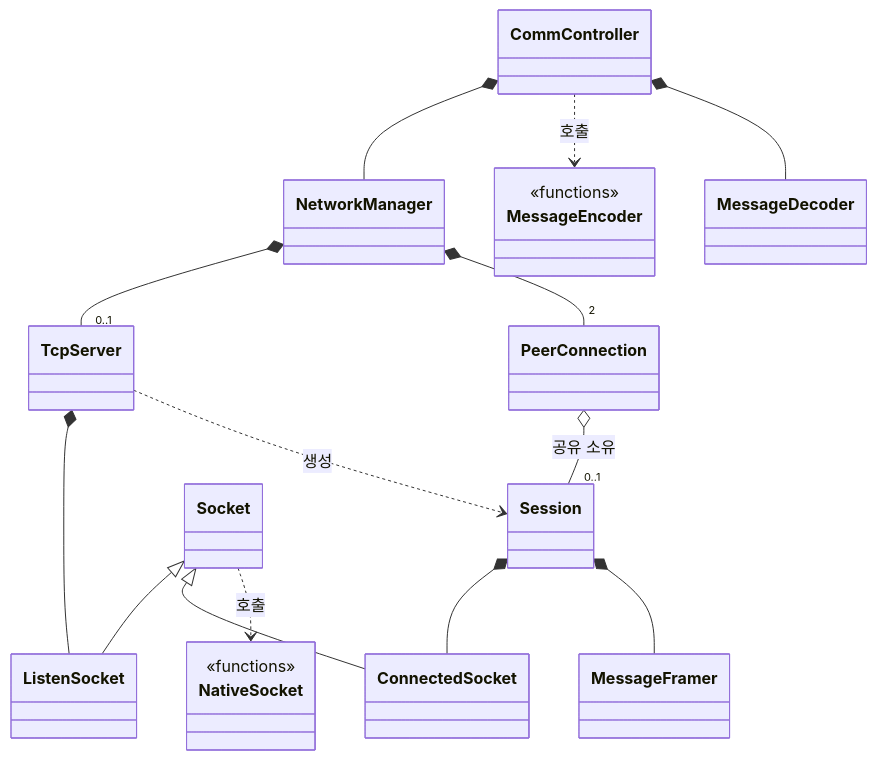
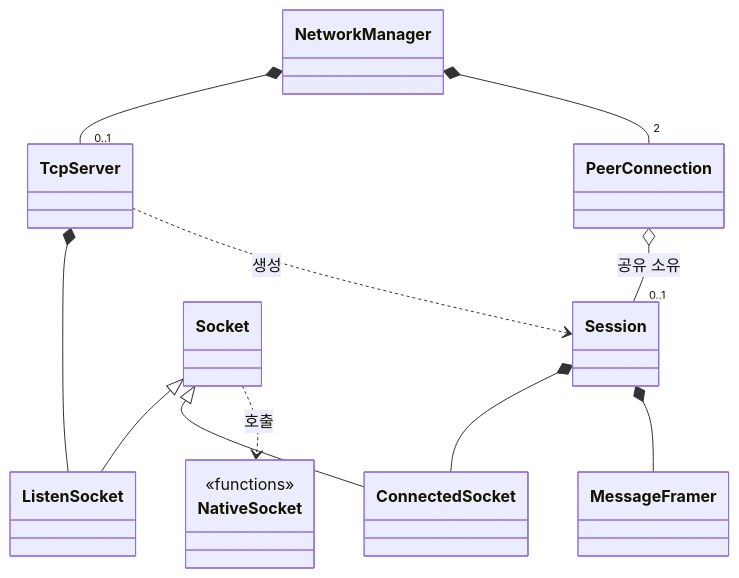
One commit to AESAlien/aesa-processor changed the diagram in src/comm/README.md. Above: the diagram before and after it, drawn with Mermaid. The commit also changed other lines of this file and 114 other files, not shown here.

````diff
--- a/src/comm/README.md
+++ b/src/comm/README.md
@@ -5,24 +5,18 @@
 ```mermaid
 classDiagram
     direction TB
-    class MessageEncoder {
-        <<functions>>
-    }
     class NativeSocket {
         <<functions>>
     }
 
-    CommController *-- NetworkManager
-    CommController ..> MessageEncoder : 호출
-    CommController *-- MessageDecoder
     NetworkManager *-- "0..1" TcpServer
     NetworkManager *-- "2" PeerConnection
     PeerConnection o-- "0..1" Session : 공유 소유
     TcpServer *-- ListenSocket
     TcpServer ..> Session : 생성
     Session *-- ConnectedSocket
     Session *-- MessageFramer
     Socket <|-- ListenSocket
     Socket <|-- ConnectedSocket
     Socket ..> NativeSocket : 호출
 ```
````
